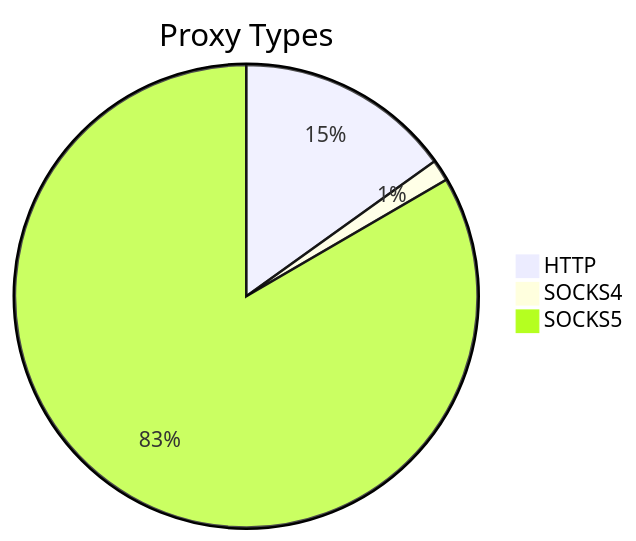
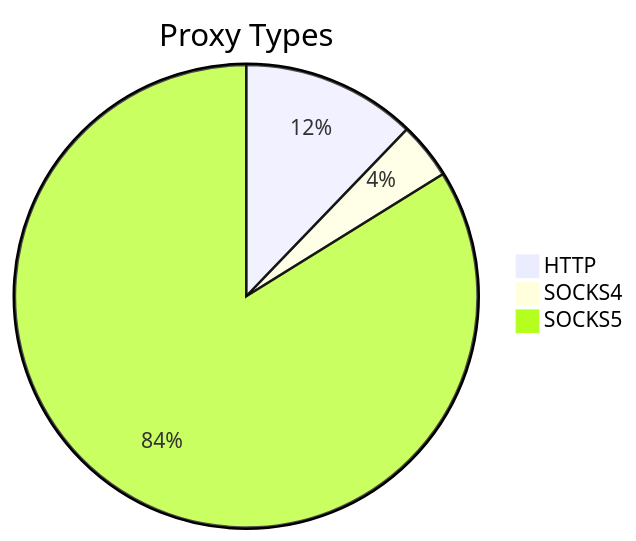
Before and after one commit to stormsia/proxy-list: the first of 2 diagrams in README.md, drawn with Mermaid. The commit also changed other lines of this file, not shown here.

````diff
--- a/README.md
+++ b/README.md
@@ -21,6 +21,6 @@
 ```mermaid
 pie title Proxy Types
-    "HTTP" : 121
-    "SOCKS4" : 12
-    "SOCKS5" : 668
+    "HTTP" : 123
+    "SOCKS4" : 40
+    "SOCKS5" : 846
 ```
````
